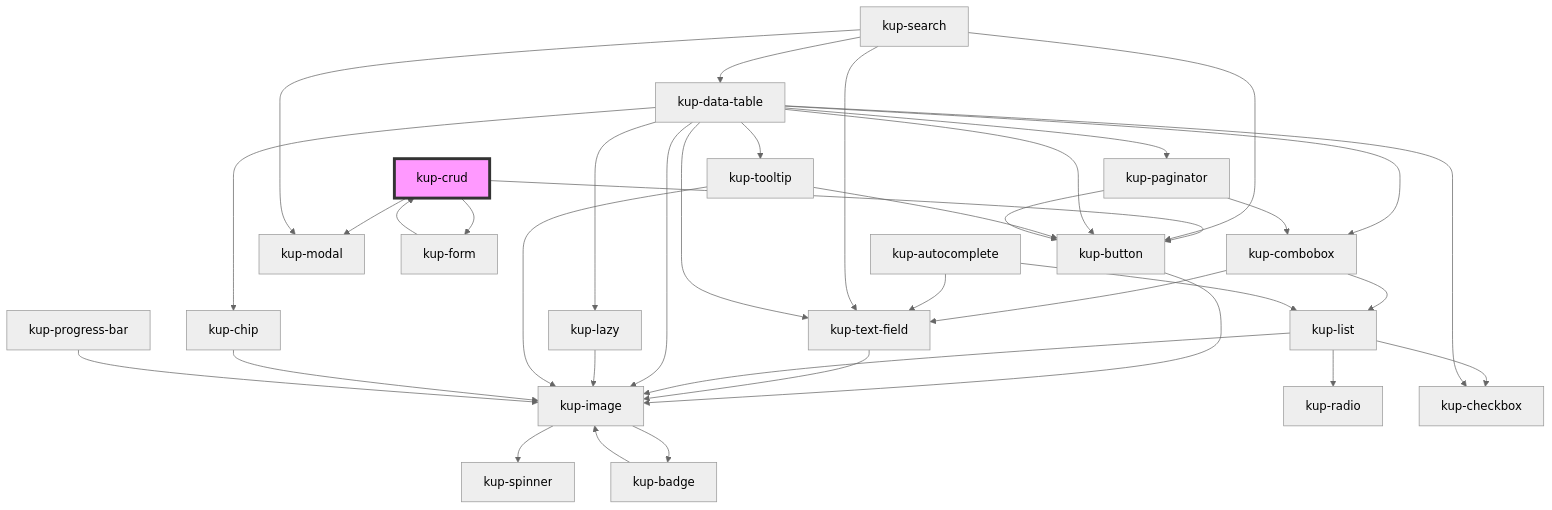
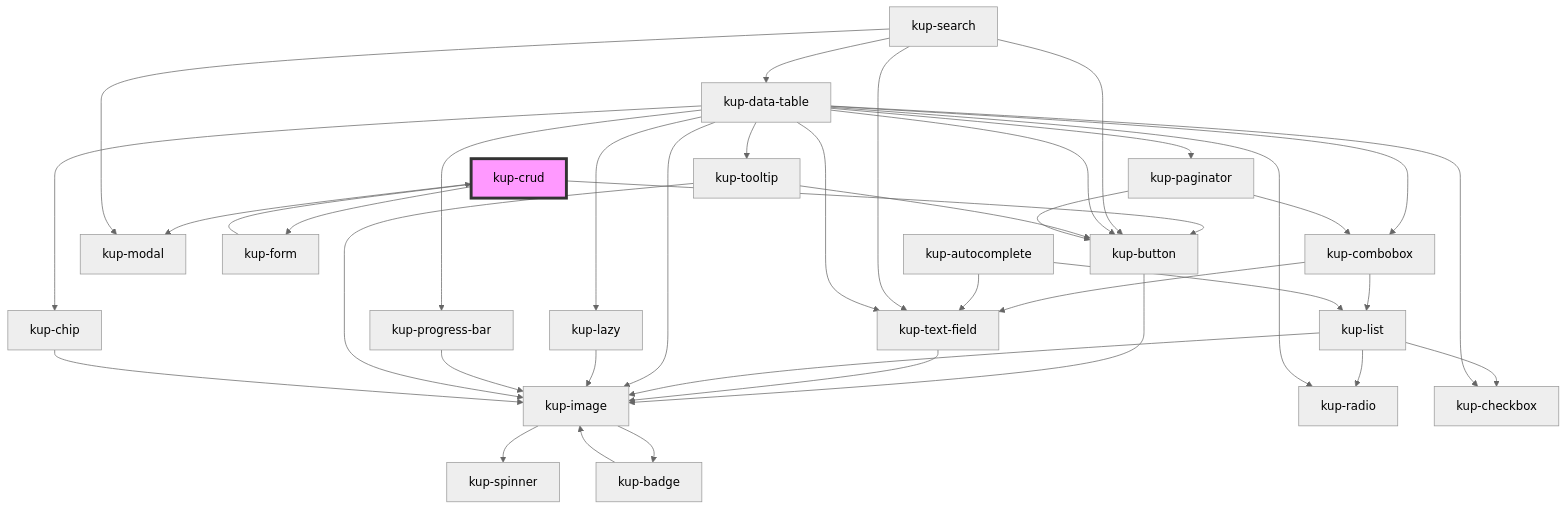
Before and after one commit to smeup/ketchup: the diagram in packages/ketchup/src/components/kup-crud/readme.md, drawn with Mermaid (neutral theme). The commit also changed 6 other files, not shown here.

Commit message:
Remvoed lazy cells for button, progress bar, radio, checkbox, icon.

````diff
--- a/packages/ketchup/src/components/kup-crud/readme.md
+++ b/packages/ketchup/src/components/kup-crud/readme.md
@@ -72,40 +72,42 @@
 ```mermaid
 graph TD;
   kup-crud --> kup-button
   kup-crud --> kup-modal
   kup-crud --> kup-form
   kup-button --> kup-image
   kup-image --> kup-spinner
   kup-image --> kup-badge
   kup-badge --> kup-image
   kup-form --> kup-crud
   kup-combobox --> kup-text-field
   kup-combobox --> kup-list
   kup-text-field --> kup-image
   kup-list --> kup-image
   kup-list --> kup-radio
   kup-list --> kup-checkbox
   kup-autocomplete --> kup-text-field
   kup-autocomplete --> kup-list
   kup-search --> kup-text-field
   kup-search --> kup-button
   kup-search --> kup-modal
   kup-search --> kup-data-table
   kup-data-table --> kup-checkbox
   kup-data-table --> kup-button
   kup-data-table --> kup-image
   kup-data-table --> kup-text-field
   kup-data-table --> kup-lazy
+  kup-data-table --> kup-progress-bar
+  kup-data-table --> kup-radio
   kup-data-table --> kup-tooltip
   kup-data-table --> kup-paginator
   kup-data-table --> kup-combobox
   kup-data-table --> kup-chip
   kup-lazy --> kup-image
+  kup-progress-bar --> kup-image
   kup-tooltip --> kup-button
   kup-tooltip --> kup-image
   kup-paginator --> kup-button
   kup-paginator --> kup-combobox
   kup-chip --> kup-image
-  kup-progress-bar --> kup-image
   style kup-crud fill:#f9f,stroke:#333,stroke-width:4px
 ```
````
